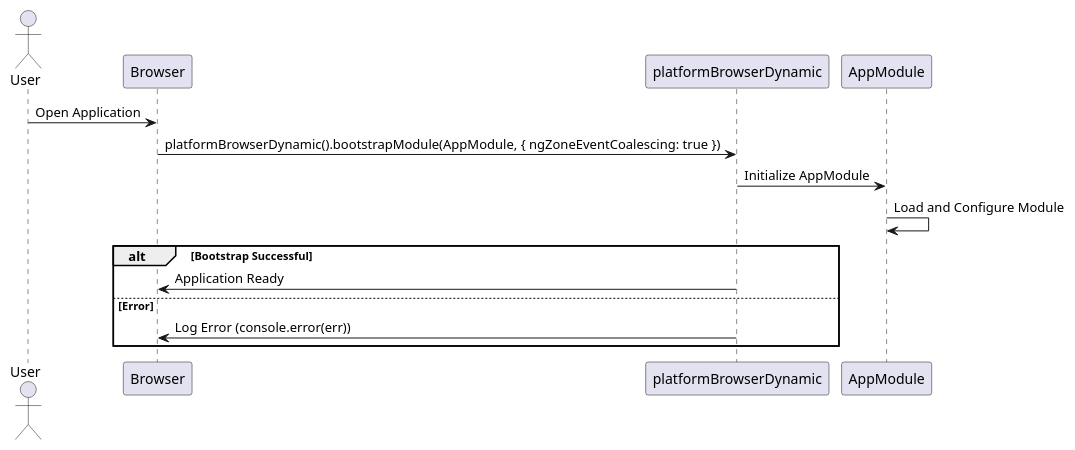
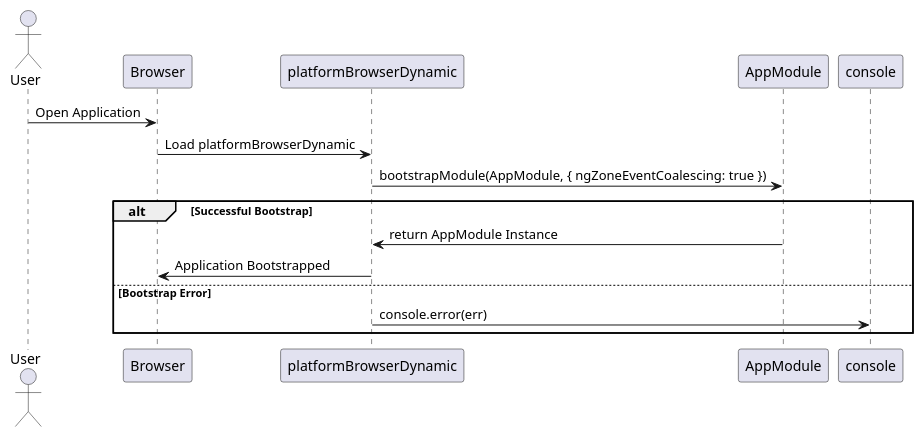
One commit to NoahS20/Grad-Project changed the diagram in Diagrams/Sequence Diagrams/Front End/main.wsd. Above: the diagram before and after it, drawn with PlantUML. The commit also changed 8 other files, not shown here.

```diff
--- a/Diagrams/Sequence Diagrams/Front End/main.wsd
+++ b/Diagrams/Sequence Diagrams/Front End/main.wsd
@@ -1,19 +1,19 @@
 @startuml
 actor User
 
 participant Browser
 participant platformBrowserDynamic
 participant AppModule
+participant console
 
 User -> Browser: Open Application
-Browser -> platformBrowserDynamic: platformBrowserDynamic().bootstrapModule(AppModule, { ngZoneEventCoalescing: true })
-platformBrowserDynamic -> AppModule: Initialize AppModule
-AppModule -> AppModule: Load and Configure Module
-
-alt Bootstrap Successful
-    platformBrowserDynamic -> Browser: Application Ready
-else Error
-    platformBrowserDynamic -> Browser: Log Error (console.error(err))
+Browser -> platformBrowserDynamic: Load platformBrowserDynamic
+platformBrowserDynamic -> AppModule: bootstrapModule(AppModule, { ngZoneEventCoalescing: true })
+alt Successful Bootstrap
+    AppModule -> platformBrowserDynamic: return AppModule Instance
+    platformBrowserDynamic -> Browser: Application Bootstrapped
+else Bootstrap Error
+    platformBrowserDynamic -> console: console.error(err)
 end
 
 @enduml
```
